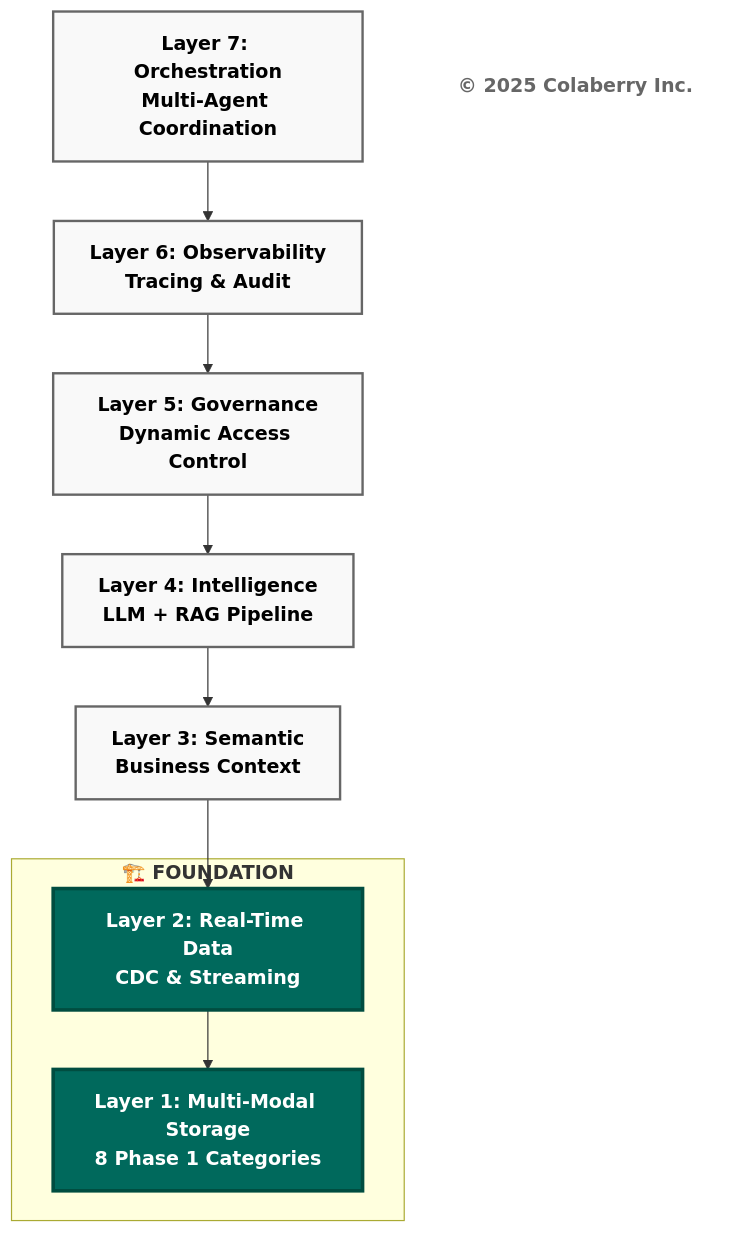
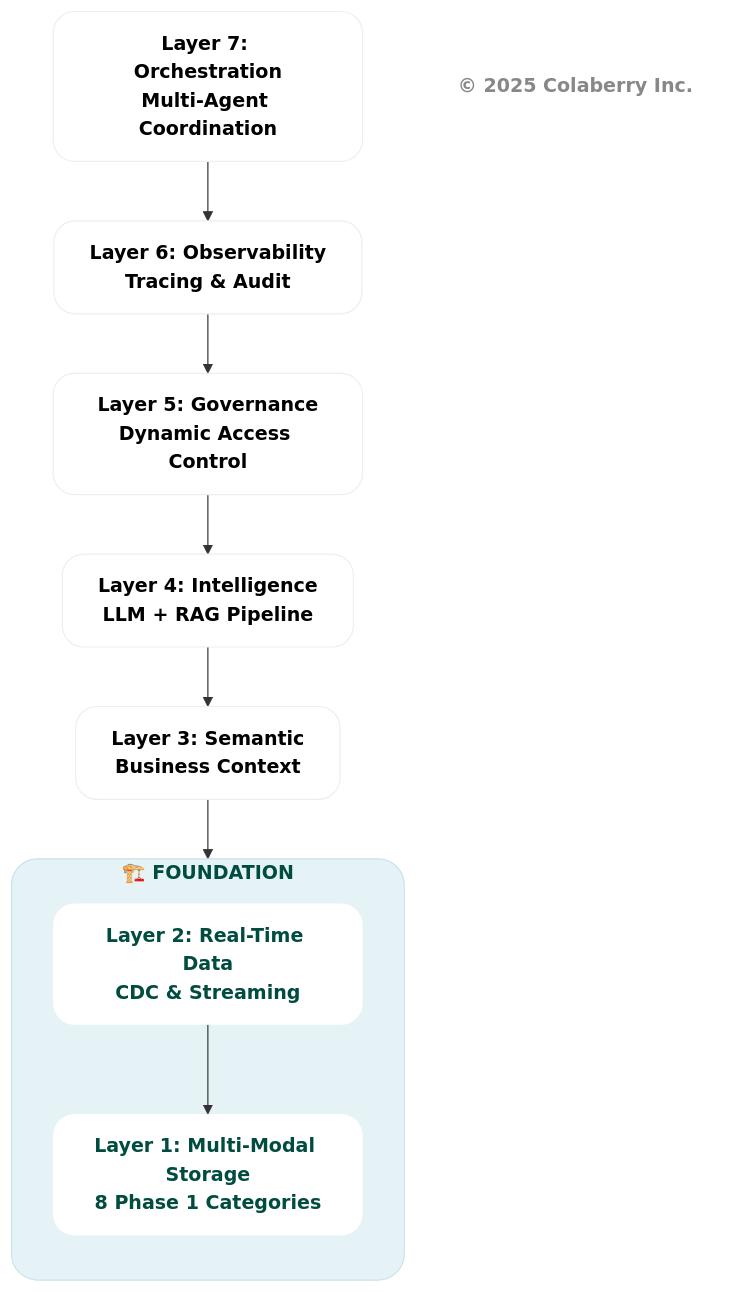
Before and after one commit to saitejesh-cyber/trust-before-intelligence-book: the third of 11 diagrams in manuscript/05_chapter_4_foundation_layers.md, drawn with Mermaid. The commit also changed other lines of this file and 4 other files, not shown here.

Commit message:
Chapter 1to5: Updated mermaid diagrams based on new colaberry color code

````diff
--- a/manuscript/05_chapter_4_foundation_layers.md
+++ b/manuscript/05_chapter_4_foundation_layers.md
@@ -137,27 +138,30 @@
 ```mermaid
 graph TB
     L7["<b>Layer 7: Orchestration</b><br/><b>Multi-Agent Coordination</b>"]
     L6["<b>Layer 6: Observability</b><br/><b>Tracing & Audit</b>"]
     L5["<b>Layer 5: Governance</b><br/><b>Dynamic Access Control</b>"]
     L4["<b>Layer 4: Intelligence</b><br/><b>LLM + RAG Pipeline</b>"]
     L3["<b>Layer 3: Semantic</b><br/><b>Business Context</b>"]
     
-    subgraph "<b>🏗️ FOUNDATION</b>"
+    subgraph FOUNDATION["<b>🏗️ FOUNDATION</b>"]
+        direction TB
         L2["<b>Layer 2: Real-Time Data</b><br/><b>CDC & Streaming</b>"]
         L1["<b>Layer 1: Multi-Modal Storage</b><br/><b>8 Phase 1 Categories</b>"]
     end
     
     Copyright["<b>© 2025 Colaberry Inc.</b>"]
     
     L7 --> L6 --> L5 --> L4 --> L3
     L3 --> L2 --> L1
     
-    style L7 fill:#f9f9f9,stroke:#666666,stroke-width:2px,color:#000000
-    style L6 fill:#f9f9f9,stroke:#666666,stroke-width:2px,color:#000000
-    style L5 fill:#f9f9f9,stroke:#666666,stroke-width:2px,color:#000000
-    style L4 fill:#f9f9f9,stroke:#666666,stroke-width:2px,color:#000000
-    style L3 fill:#f9f9f9,stroke:#666666,stroke-width:2px,color:#000000
-    style L2 fill:#00695c,color:#ffffff,stroke:#004d40,stroke-width:3px
-    style L1 fill:#00695c,color:#ffffff,stroke:#004d40,stroke-width:3px
-    style Copyright fill:#ffffff,stroke:none,color:#666666
+    style L7 fill:#ffffff,stroke:#eeeeee,stroke-width:1px,color:#000000,rx:18,ry:18
+    style L6 fill:#ffffff,stroke:#eeeeee,stroke-width:1px,color:#000000,rx:18,ry:18
+    style L5 fill:#ffffff,stroke:#eeeeee,stroke-width:1px,color:#000000,rx:18,ry:18
+    style L4 fill:#ffffff,stroke:#eeeeee,stroke-width:1px,color:#000000,rx:18,ry:18
+    style L3 fill:#ffffff,stroke:#eeeeee,stroke-width:1px,color:#000000,rx:18,ry:18
+    style FOUNDATION fill:#e6f3f6,stroke:#c7e3ea,stroke-width:1px,color:#004d40,rx:22,ry:22
+    style L2 fill:#ffffff,stroke:none,color:#004d40,rx:18,ry:18
+    style L1 fill:#ffffff,stroke:none,color:#004d40,rx:18,ry:18
+    style Copyright fill:none,stroke:none,color:#888888
+
 ```
````
